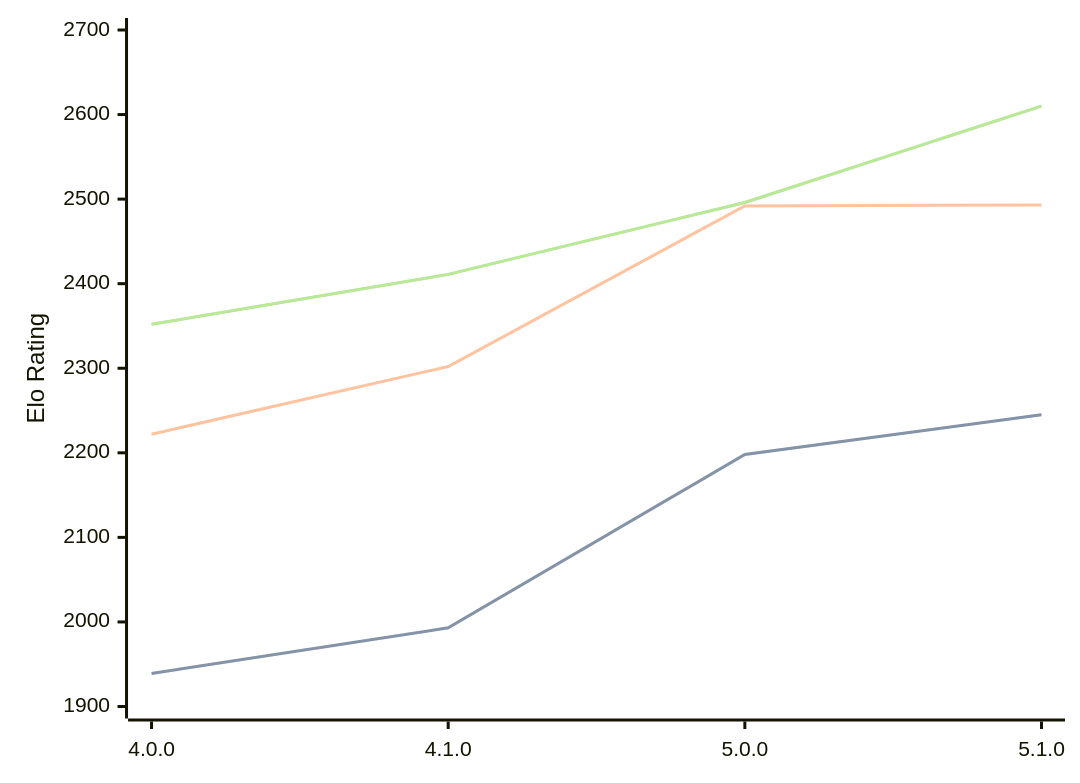
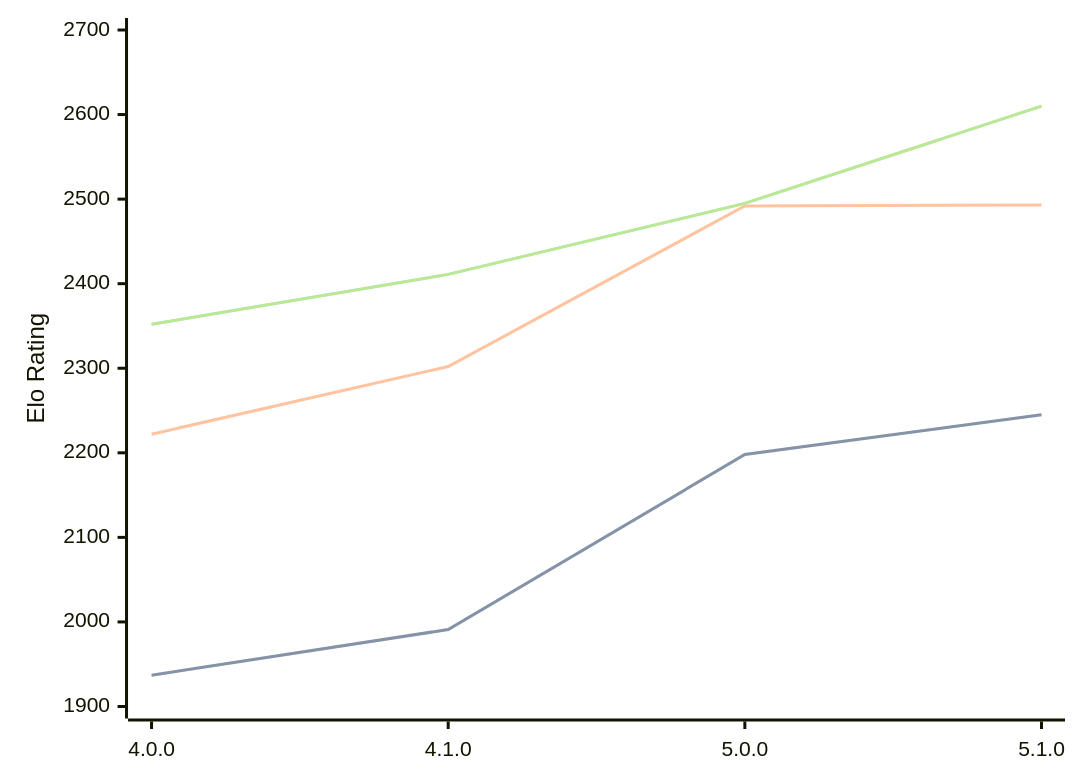
One commit to computer-chess-index/cci changed the diagram in engines/Aconcagua.md. Above: the diagram before and after it, drawn with Mermaid. The commit also changed other lines of this file, not shown here.

Commit message:
Update CCI Ratings (ELO VLTC) - 2026-04-20

````diff
--- a/engines/Aconcagua.md
+++ b/engines/Aconcagua.md
@@ -43,11 +43,11 @@
 ```mermaid
 %%{init: {"theme":"base","themeVariables":{"seriesColors:['#a3a3a3','#222221','#faa371']}}}%%
 xychart-beta
   x-axis ["4.0.0", "4.1.0", "5.0.0", "5.1.0"]
   y-axis "Elo Rating" 1900 --> 2700
-  line "STC (8.0+0.08s)" [1939, 1993, 2198, 2245]
-  line "STC (8.0+0.08s)" [1939, 1993, 2198, 2245]
+  line "STC (8.0+0.08s)" [1937, 1991, 2198, 2245]
+  line "STC (8.0+0.08s)" [1937, 1991, 2198, 2245]
   line "LTC (60.0+0.60s)" [2222, 2302, 2492, 2493]
-  line "VLTC (2m24s+1.12s)" [2352, 2411, 2496, 2610]
-  line "VLTC (2m24s+1.12s)" [2352, 2411, 2496, 2610]
+  line "VLTC (2m24s+1.12s)" [2352, 2411, 2495, 2610]
+  line "VLTC (2m24s+1.12s)" [2352, 2411, 2495, 2610]
 ```
````
